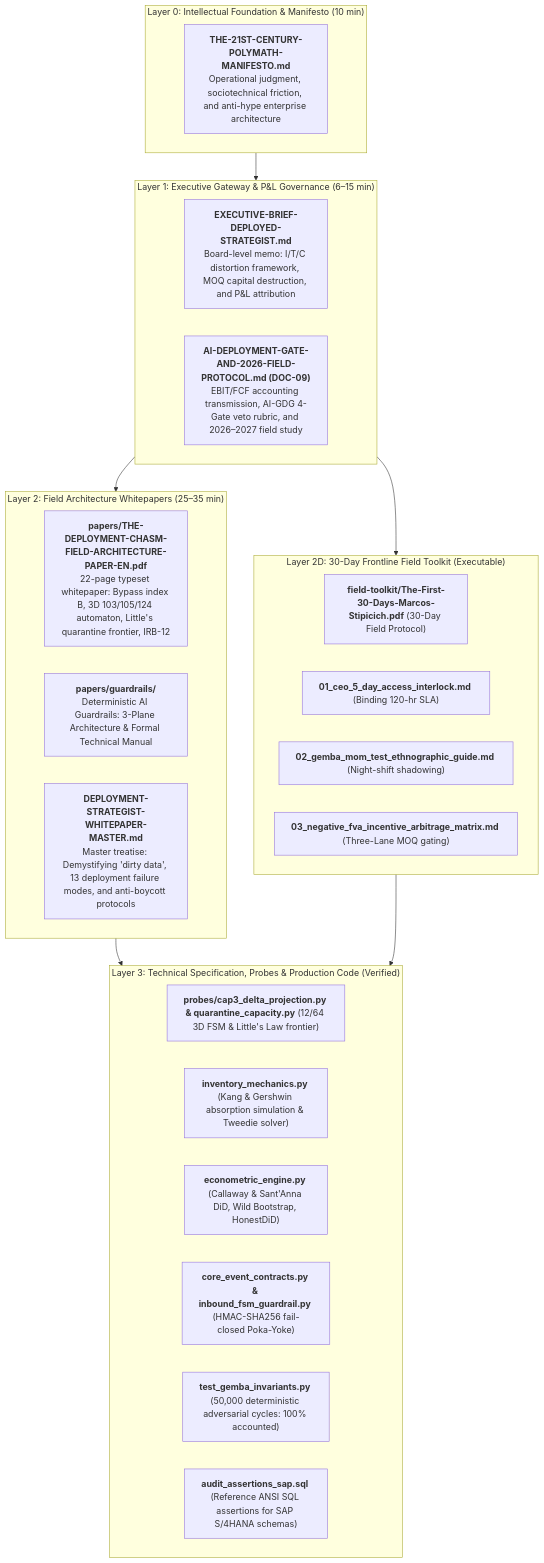
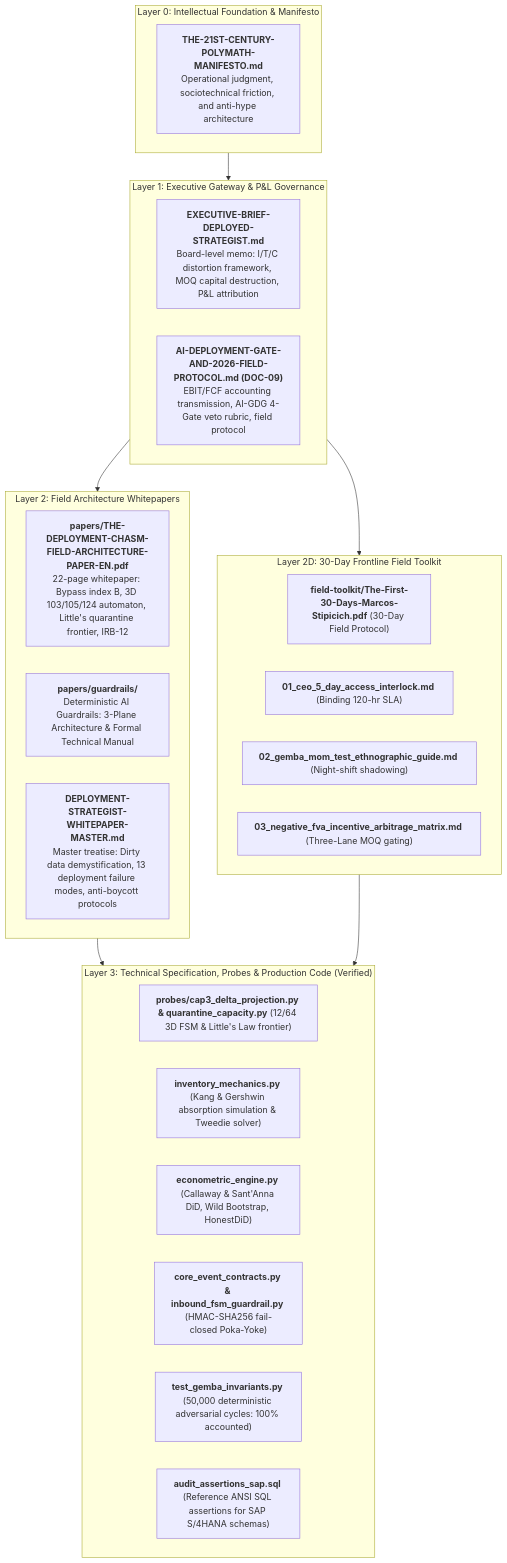
The first of 2 diagrams in README.md (esstipi-debug/mellon), drawn with Mermaid before and after one commit. The commit also changed other lines of this file and 65 other files, not shown here.

````diff
--- a/README.md
+++ b/README.md
@@ -83,39 +106,39 @@
 ```mermaid
 flowchart TD
-    subgraph Layer0["Layer 0: Intellectual Foundation & Manifesto (10 min)"]
-        L0["<b>THE-21ST-CENTURY-POLYMATH-MANIFESTO.md</b><br/>Operational judgment, sociotechnical friction, and anti-hype enterprise architecture"]
+    subgraph Layer0["Layer 0: Intellectual Foundation & Manifesto"]
+        L0["<b>THE-21ST-CENTURY-POLYMATH-MANIFESTO.md</b><br/>Operational judgment, sociotechnical friction, and anti-hype architecture"]
     end
 
-    subgraph Layer1["Layer 1: Executive Gateway & P&L Governance (6–15 min)"]
-        L1["<b>EXECUTIVE-BRIEF-DEPLOYED-STRATEGIST.md</b><br/>Board-level memo: I/T/C distortion framework, MOQ capital destruction, and P&L attribution"]
-        L1B["<b>AI-DEPLOYMENT-GATE-AND-2026-FIELD-PROTOCOL.md (DOC-09)</b><br/>EBIT/FCF accounting transmission, AI-GDG 4-Gate veto rubric, and 2026–2027 field study"]
+    subgraph Layer1["Layer 1: Executive Gateway & P&L Governance"]
+        L1["<b>EXECUTIVE-BRIEF-DEPLOYED-STRATEGIST.md</b><br/>Board-level memo: I/T/C distortion framework, MOQ capital destruction, P&L attribution"]
+        L1B["<b>AI-DEPLOYMENT-GATE-AND-2026-FIELD-PROTOCOL.md (DOC-09)</b><br/>EBIT/FCF accounting transmission, AI-GDG 4-Gate veto rubric, field protocol"]
     end
 
-    subgraph Layer2A["Layer 2: Field Architecture Whitepapers (25–35 min)"]
-        L2P["<b>papers/THE-DEPLOYMENT-CHASM-FIELD-ARCHITECTURE-PAPER-EN.pdf</b><br/>22-page typeset whitepaper: Bypass index B, 3D 103/105/124 automaton, Little's quarantine frontier, IRB-12"]
+    subgraph Layer2A["Layer 2: Field Architecture Whitepapers"]
+        L2P["<b>papers/THE-DEPLOYMENT-CHASM-FIELD-ARCHITECTURE-PAPER-EN.pdf</b><br/>22-page whitepaper: Bypass index B, 3D 103/105/124 automaton, Little's quarantine frontier, IRB-12"]
         L2G["<b>papers/guardrails/</b><br/>Deterministic AI Guardrails: 3-Plane Architecture & Formal Technical Manual"]
-        L2A["<b>DEPLOYMENT-STRATEGIST-WHITEPAPER-MASTER.md</b><br/>Master treatise: Demystifying 'dirty data', 13 deployment failure modes, and anti-boycott protocols"]
+        L2A["<b>DEPLOYMENT-STRATEGIST-WHITEPAPER-MASTER.md</b><br/>Master treatise: Dirty data demystification, 13 deployment failure modes, anti-boycott protocols"]
     end
 
-    subgraph Layer2D["Layer 2D: 30-Day Frontline Field Toolkit (Executable)"]
+    subgraph Layer2D["Layer 2D: 30-Day Frontline Field Toolkit"]
         L2D0["<b>field-toolkit/The-First-30-Days-Marcos-Stipicich.pdf</b> (30-Day Field Protocol)"]
         L2D1["<b>01_ceo_5_day_access_interlock.md</b> (Binding 120-hr SLA)"]
         L2D2["<b>02_gemba_mom_test_ethnographic_guide.md</b> (Night-shift shadowing)"]
         L2D3["<b>03_negative_fva_incentive_arbitrage_matrix.md</b> (Three-Lane MOQ gating)"]
     end
 
     subgraph Layer3["Layer 3: Technical Specification, Probes & Production Code (Verified)"]
         C0["<b>probes/cap3_delta_projection.py & quarantine_capacity.py</b> (12/64 3D FSM & Little's Law frontier)"]
         C1["<b>inventory_mechanics.py</b> (Kang & Gershwin absorption simulation & Tweedie solver)"]
         C2["<b>econometric_engine.py</b> (Callaway & Sant'Anna DiD, Wild Bootstrap, HonestDiD)"]
         C3["<b>core_event_contracts.py & inbound_fsm_guardrail.py</b> (HMAC-SHA256 fail-closed Poka-Yoke)"]
         C5["<b>test_gemba_invariants.py</b> (50,000 deterministic adversarial cycles: 100% accounted)"]
         C6["<b>audit_assertions_sap.sql</b> (Reference ANSI SQL assertions for SAP S/4HANA schemas)"]
     end
 
     Layer0 --> Layer1
     Layer1 --> Layer2A
     Layer1 --> Layer2D
     Layer2A --> Layer3
     Layer2D --> Layer3
 ```
````
